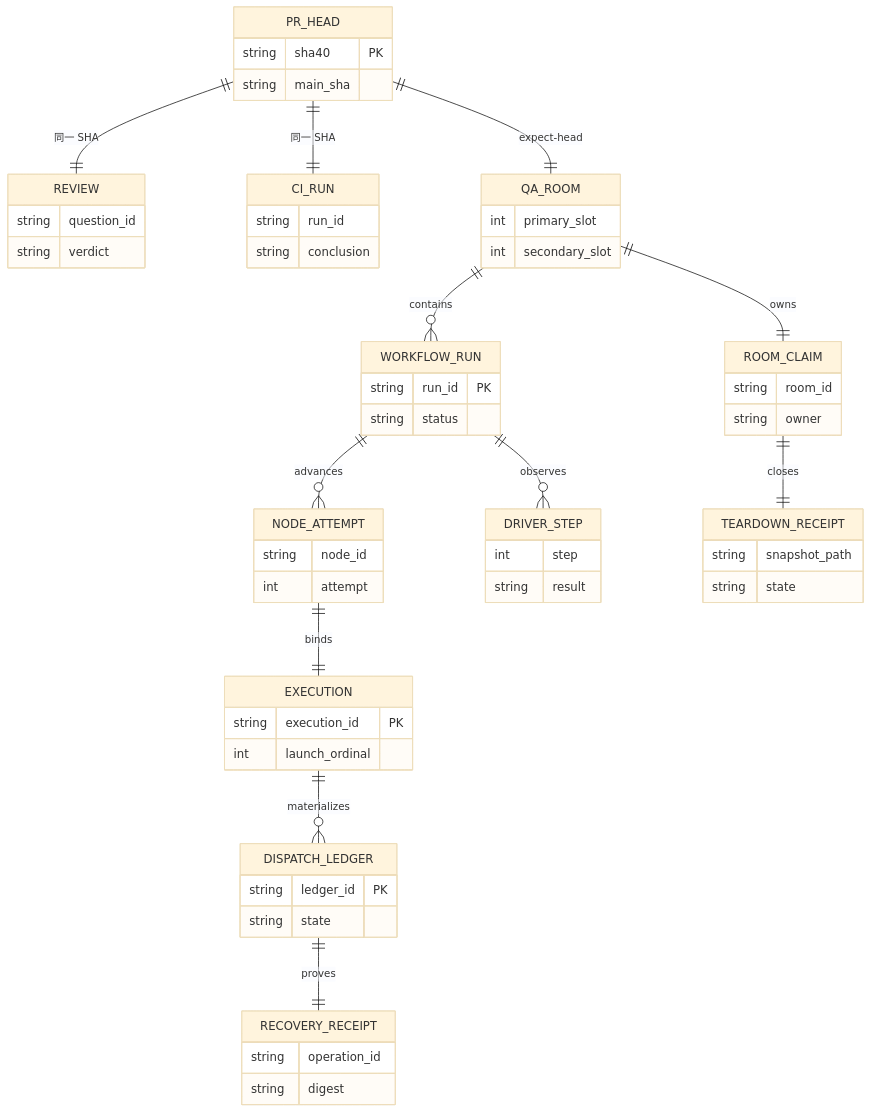
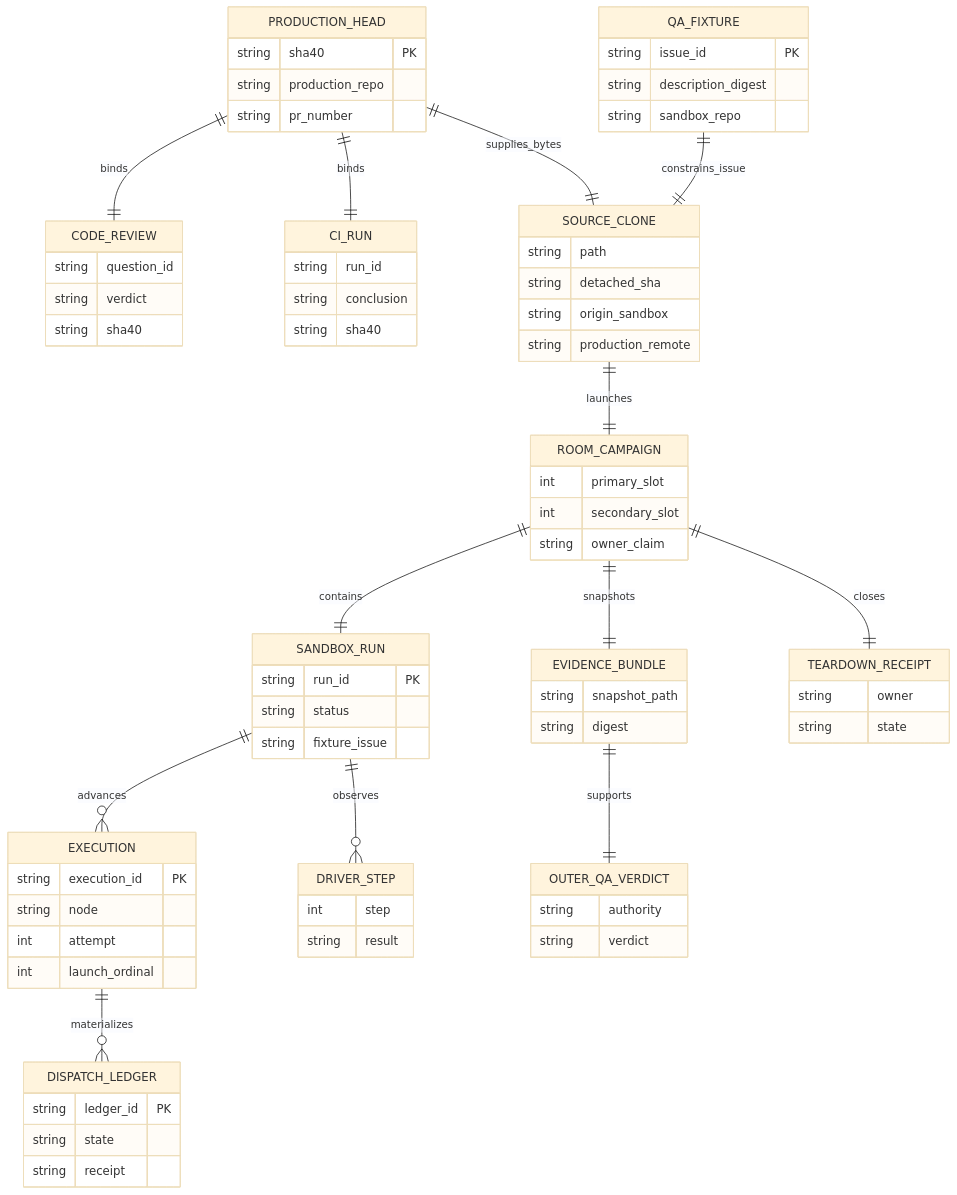
One commit to xrliAnnie/flywheel-qa-sandbox changed the diagram in engineering/doc/FLY-2922-unified-node-recovery/qa4-model.mmd. Above: the diagram before and after it, drawn with Mermaid (base theme). The commit also changed 17 other files, not shown here.

```diff
--- a/engineering/doc/FLY-2922-unified-node-recovery/qa4-model.mmd
+++ b/engineering/doc/FLY-2922-unified-node-recovery/qa4-model.mmd
@@ -1,61 +1,77 @@
 erDiagram
-  PR_HEAD ||--|| REVIEW : "同一 SHA"
-  PR_HEAD ||--|| CI_RUN : "同一 SHA"
-  PR_HEAD ||--|| QA_ROOM : "expect-head"
-  QA_ROOM ||--o{ WORKFLOW_RUN : contains
-  WORKFLOW_RUN ||--o{ NODE_ATTEMPT : advances
-  NODE_ATTEMPT ||--|| EXECUTION : binds
+  PRODUCTION_HEAD ||--|| CODE_REVIEW : binds
+  PRODUCTION_HEAD ||--|| CI_RUN : binds
+  PRODUCTION_HEAD ||--|| SOURCE_CLONE : supplies_bytes
+  QA_FIXTURE ||--|| SOURCE_CLONE : constrains_issue
+  SOURCE_CLONE ||--|| ROOM_CAMPAIGN : launches
+  ROOM_CAMPAIGN ||--|| SANDBOX_RUN : contains
+  SANDBOX_RUN ||--o{ EXECUTION : advances
   EXECUTION ||--o{ DISPATCH_LEDGER : materializes
-  DISPATCH_LEDGER ||--|| RECOVERY_RECEIPT : proves
-  WORKFLOW_RUN ||--o{ DRIVER_STEP : observes
-  QA_ROOM ||--|| ROOM_CLAIM : owns
-  ROOM_CLAIM ||--|| TEARDOWN_RECEIPT : closes
+  SANDBOX_RUN ||--o{ DRIVER_STEP : observes
+  ROOM_CAMPAIGN ||--|| EVIDENCE_BUNDLE : snapshots
+  EVIDENCE_BUNDLE ||--|| OUTER_QA_VERDICT : supports
+  ROOM_CAMPAIGN ||--|| TEARDOWN_RECEIPT : closes
 
-  PR_HEAD {
+  PRODUCTION_HEAD {
     string sha40 PK
-    string main_sha
+    string production_repo
+    string pr_number
   }
-  REVIEW {
+  CODE_REVIEW {
     string question_id
     string verdict
+    string sha40
   }
   CI_RUN {
     string run_id
     string conclusion
+    string sha40
   }
-  QA_ROOM {
+  QA_FIXTURE {
+    string issue_id PK
+    string description_digest
+    string sandbox_repo
+  }
+  SOURCE_CLONE {
+    string path
+    string detached_sha
+    string origin_sandbox
+    string production_remote
+  }
+  ROOM_CAMPAIGN {
     int primary_slot
     int secondary_slot
+    string owner_claim
   }
-  WORKFLOW_RUN {
+  SANDBOX_RUN {
     string run_id PK
     string status
-  }
-  NODE_ATTEMPT {
-    string node_id
-    int attempt
+    string fixture_issue
   }
   EXECUTION {
     string execution_id PK
+    string node
+    int attempt
     int launch_ordinal
   }
   DISPATCH_LEDGER {
     string ledger_id PK
     string state
-  }
-  RECOVERY_RECEIPT {
-    string operation_id
-    string digest
+    string receipt
   }
   DRIVER_STEP {
     int step
     string result
   }
-  ROOM_CLAIM {
-    string room_id
-    string owner
+  EVIDENCE_BUNDLE {
+    string snapshot_path
+    string digest
+  }
+  OUTER_QA_VERDICT {
+    string authority
+    string verdict
   }
   TEARDOWN_RECEIPT {
-    string snapshot_path
+    string owner
     string state
   }
```
